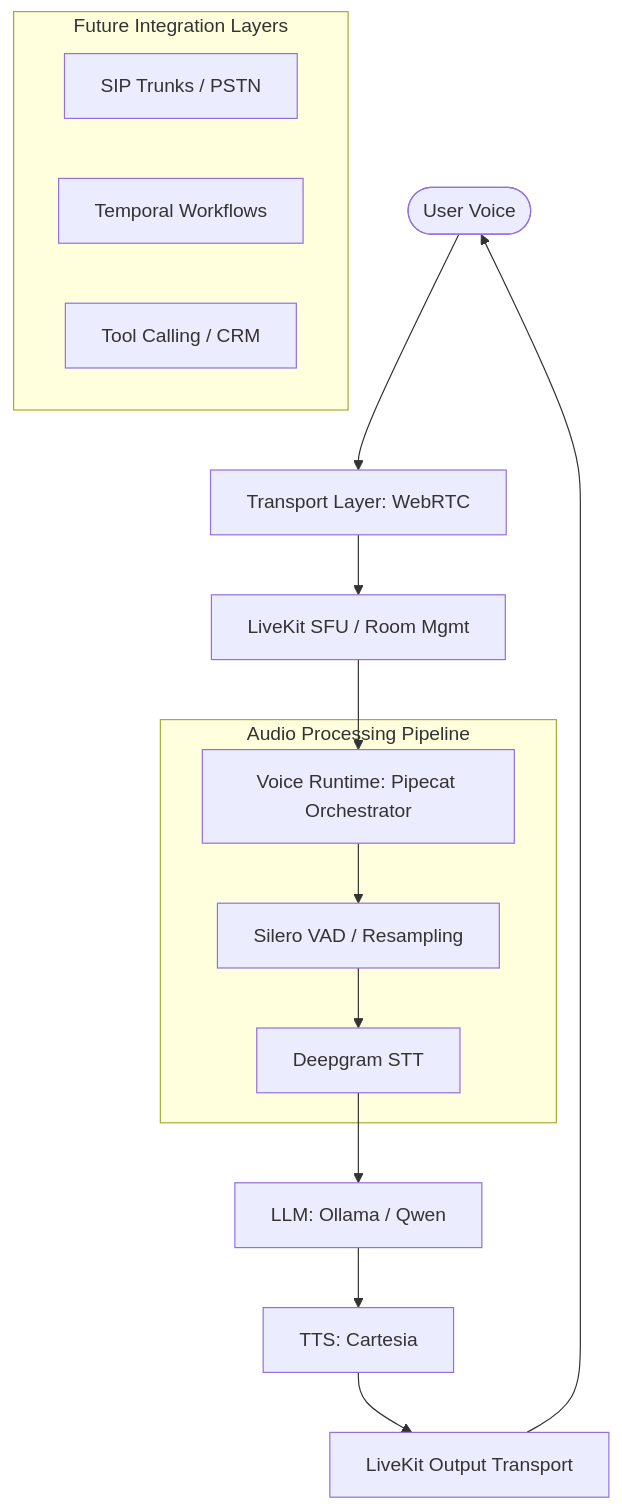
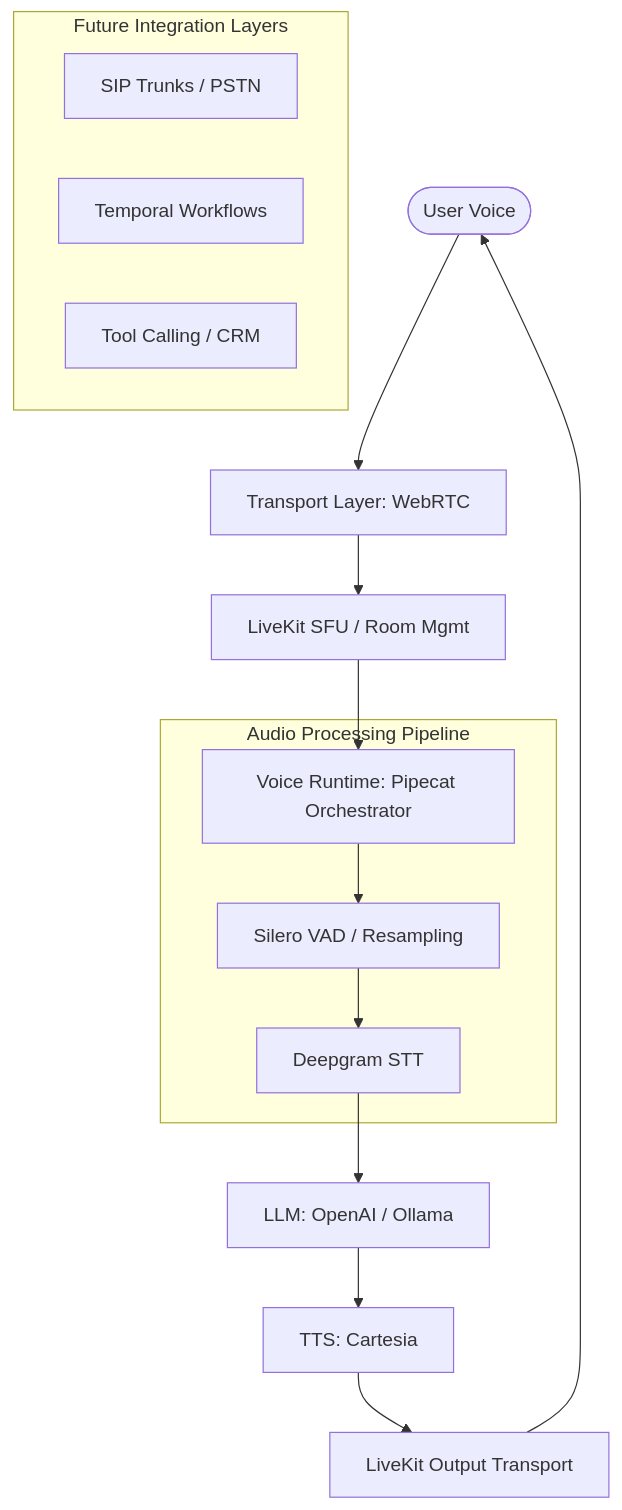
Before and after one commit to Atharva-Mendhulkar/voicepoc: the diagram in Readme.md, drawn with Mermaid. The commit also changed other lines of this file, not shown here.

````diff
--- a/Readme.md
+++ b/Readme.md
@@ -54,23 +54,23 @@
 ```mermaid
 graph TD
     User([User Voice]) --> Transport[Transport Layer: WebRTC]
     Transport --> LiveKit[LiveKit SFU / Room Mgmt]
     LiveKit --> Runtime[Voice Runtime: Pipecat Orchestrator]
     
     subgraph "Audio Processing Pipeline"
         Runtime --> VAD[Silero VAD / Resampling]
         VAD --> STT[Deepgram STT]
     end
     
-    STT --> LLM[LLM: Ollama / Qwen]
+    STT --> LLM[LLM: OpenAI / Ollama]
     LLM --> TTS[TTS: Cartesia]
     
     TTS --> TransportOut[LiveKit Output Transport]
     TransportOut --> User
     
     subgraph "Future Integration Layers"
         SIP[SIP Trunks / PSTN]
         Temporal[Temporal Workflows]
         Tools[Tool Calling / CRM]
     end
 ```
````
